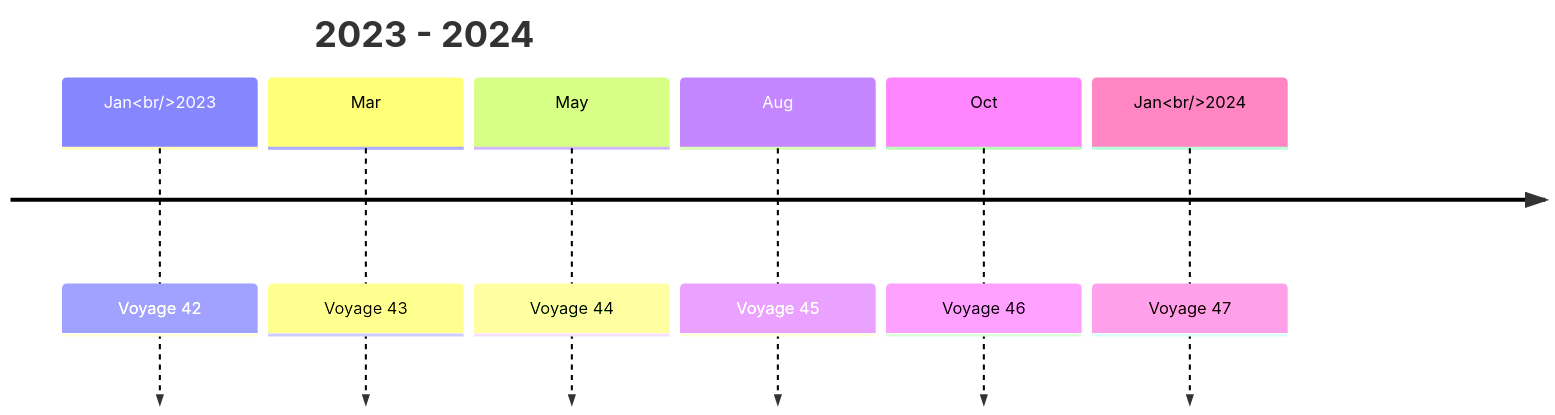
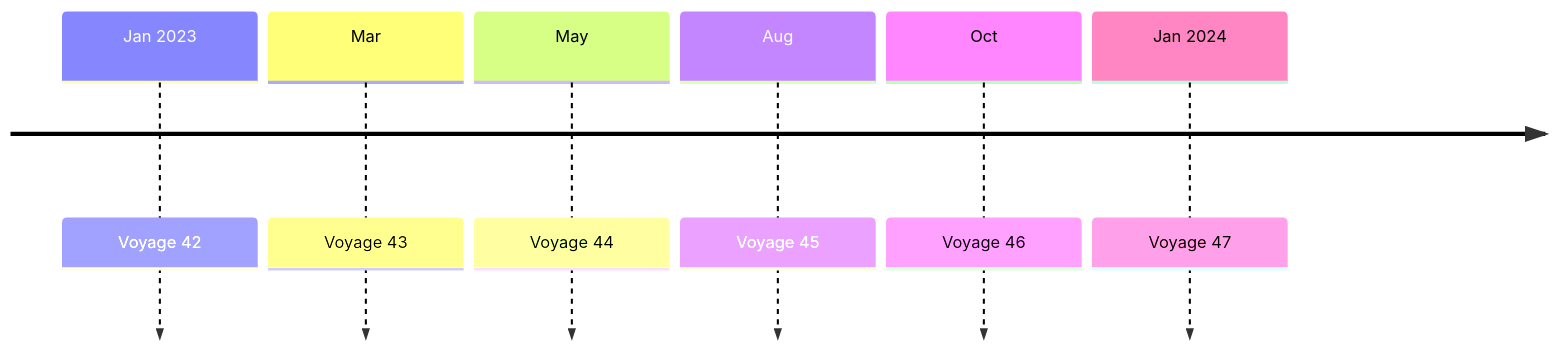
Before and after one commit to chingu-voyages/Handbook: the diagram in docs/guides/voyage.md, drawn with Mermaid.

Commit message:
Feature: Update Voyage schedule [WIP]

````diff
--- a/docs/guides/voyage.md
+++ b/docs/guides/voyage.md
@@ -17,10 +17,9 @@
 ```mermaid
 timeline
-    title 2023 - 2024
-    Jan<br/>2023 : Voyage 42
+    Jan 2023 : Voyage 42
     Mar : Voyage 43
     May : Voyage 44
     Aug : Voyage 45
     Oct : Voyage 46
-    Jan<br/>2024 : Voyage 47
+    Jan 2024 : Voyage 47
 ```
````
